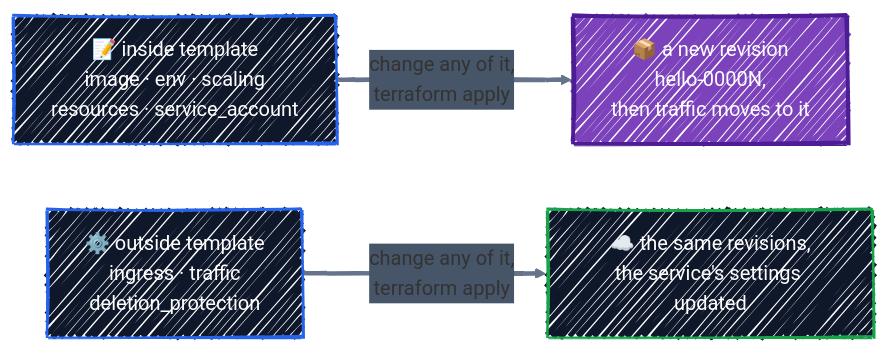
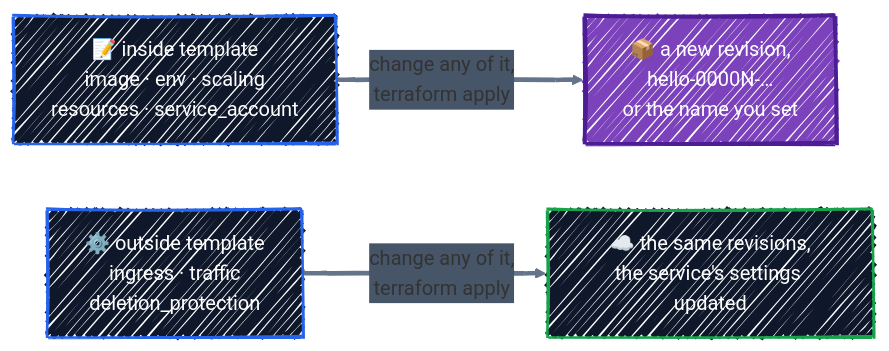
The third of 7 diagrams in docs/gcp-services/cloud-run.md (r97221004/terraform-tutorial), drawn with Mermaid before and after one commit. The commit also changed other lines of this file and 4 other files, not shown here.

````diff
--- a/docs/gcp-services/cloud-run.md
+++ b/docs/gcp-services/cloud-run.md
@@ -195,29 +198,29 @@
 ```mermaid
 ---
 config:
   look: handDrawn
   theme: default
   themeVariables:
     fontFamily: '"Comic Sans MS", "Comic Sans", "Segoe Print", "Bradley Hand", cursive'
     lineColor: '#64748B'
     edgeLabelBackground: '#475569'
   themeCSS: |
     .edgeLabel, .edgeLabel p, .edgeLabel span { color: #FFFFFF !important; }
 ---
 flowchart LR
     tmpl["📝 inside template<br/>image · env · scaling<br/>resources · service_account"]
     outer["⚙️ outside template<br/>ingress · traffic<br/>deletion_protection"]
-    newrev["📦 a new revision<br/>hello-0000N,<br/>then traffic moves to it"]
+    newrev["📦 a new revision,<br/>hello-0000N-…<br/>or the name you set"]
     same["☁️ the same revisions,<br/>the service's settings updated"]
 
     tmpl ==>|"change any of it,<br/>terraform apply"| newrev
     outer ==>|"change any of it,<br/>terraform apply"| same
 
     classDef ctrl fill:#0F172A,stroke:#2563EB,stroke-width:2px,color:#FFFFFF
     classDef eng fill:#7B42BC,stroke:#4C1D95,stroke-width:3px,color:#FFFFFF
     classDef tgt fill:#0F172A,stroke:#16A34A,stroke-width:2px,color:#FFFFFF
     classDef bad fill:#0F172A,stroke:#DC2626,stroke-width:2px,color:#FFFFFF
     class tmpl,outer ctrl
     class newrev eng
     class same tgt
 ```
````
